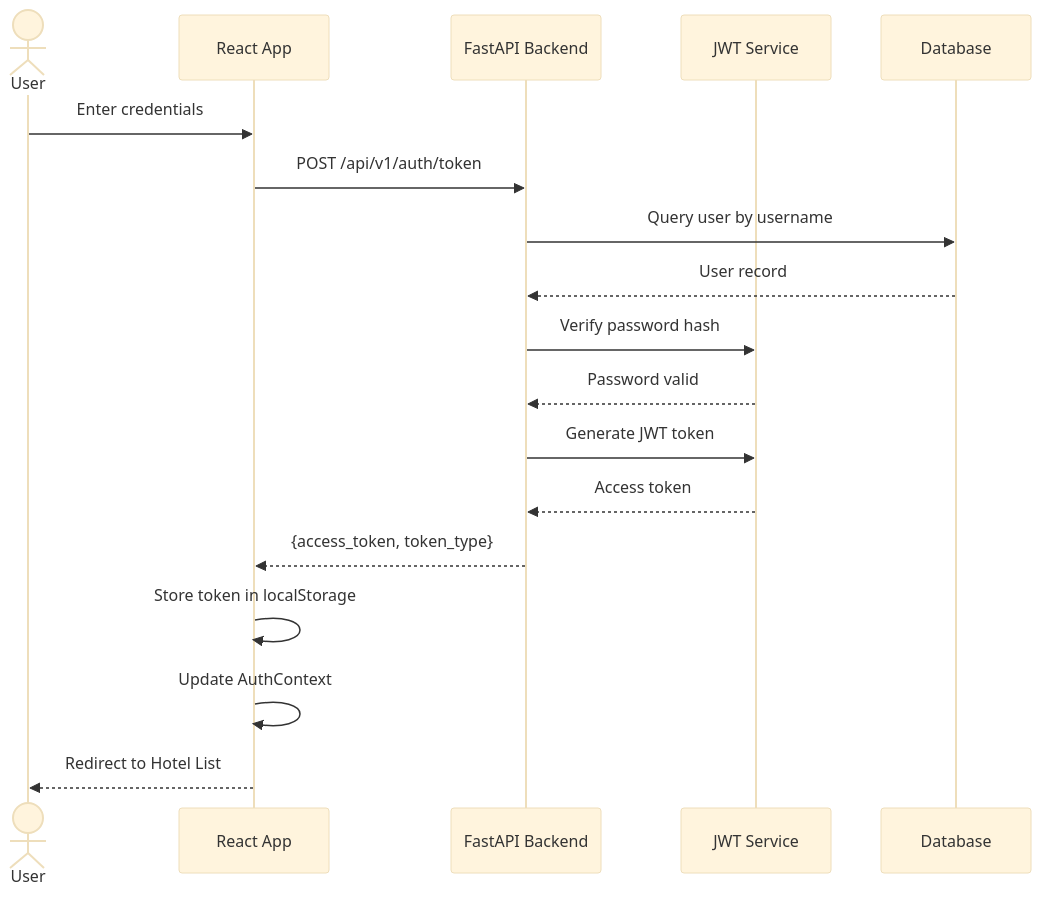
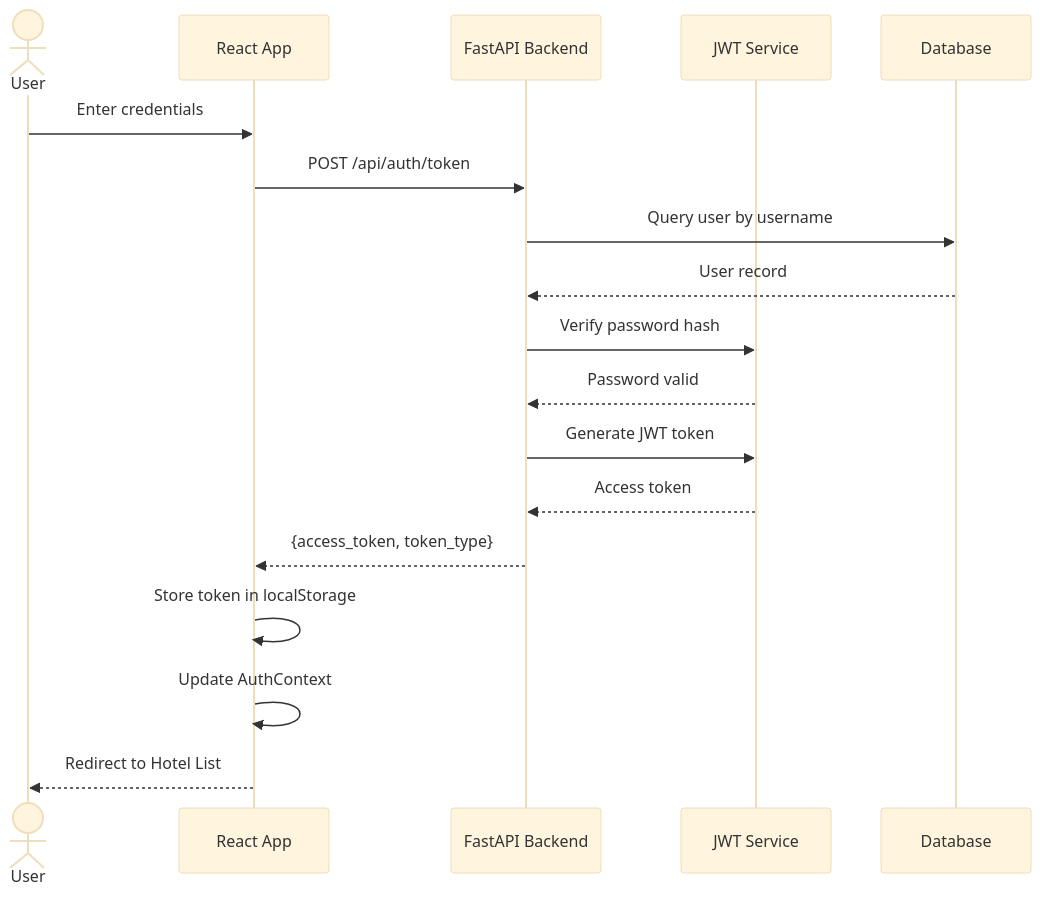
Before and after one commit to SaviNimz/Basic-Hotel-Platform: the fourth of 8 diagrams in docs/ARCHITECTURE.md, drawn with Mermaid (base theme). The commit also changed other lines of this file, not shown here.

````diff
--- a/docs/ARCHITECTURE.md
+++ b/docs/ARCHITECTURE.md
@@ -186,21 +186,21 @@
 ```mermaid
 sequenceDiagram
     actor User
     participant UI as React App
     participant API as FastAPI Backend
     participant Auth as JWT Service
     participant DB as Database
 
     User->>UI: Enter credentials
-    UI->>API: POST /api/v1/auth/token
+    UI->>API: POST /api/auth/token
     API->>DB: Query user by username
     DB-->>API: User record
     API->>Auth: Verify password hash
     Auth-->>API: Password valid
     API->>Auth: Generate JWT token
     Auth-->>API: Access token
     API-->>UI: {access_token, token_type}
     UI->>UI: Store token in localStorage
     UI->>UI: Update AuthContext
     UI-->>User: Redirect to Hotel List
 ```
````
